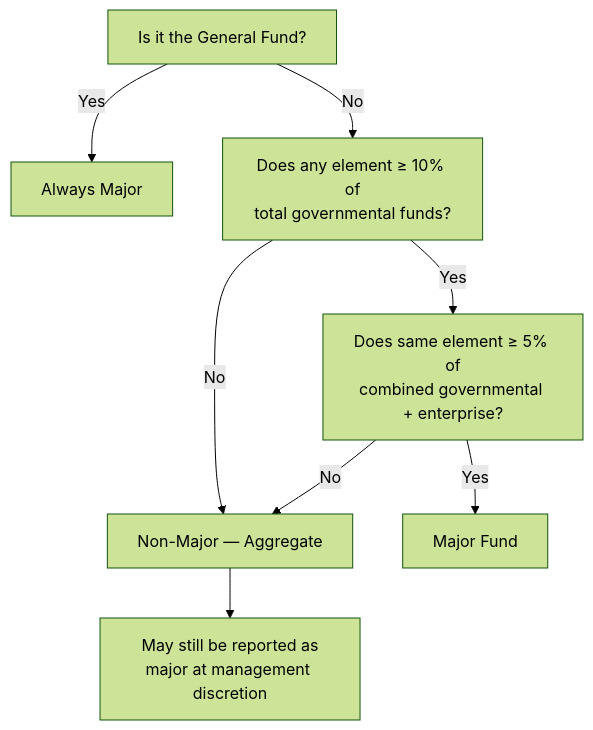
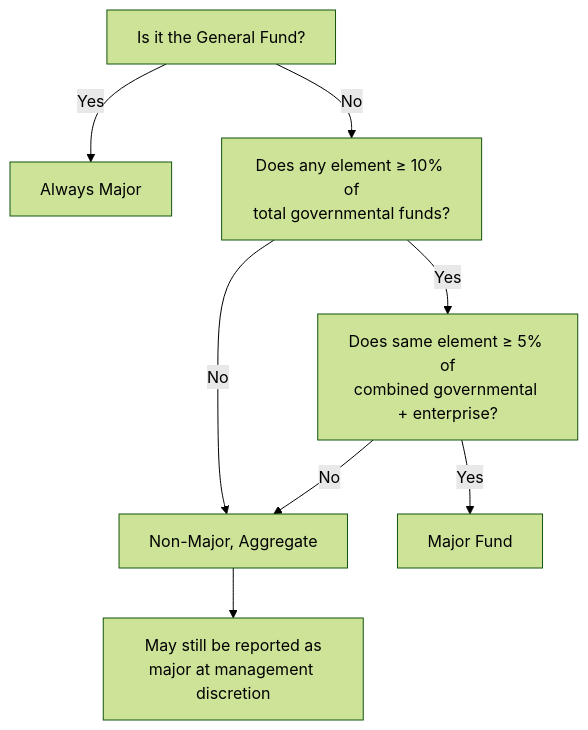
One commit to subwaymatch/cpabear-book changed the second of 2 diagrams in docs/bar/governmental-financial-statements/governmental-funds-financial-statements.md. Above: the diagram before and after it, drawn with Mermaid (forest theme). The commit also changed other lines of this file and 222 other files, not shown here.

````diff
--- a/docs/bar/governmental-financial-statements/governmental-funds-financial-statements.md
+++ b/docs/bar/governmental-financial-statements/governmental-funds-financial-statements.md
@@ -292,10 +292,10 @@
 ```mermaid
 flowchart TD
     A[Is it the General Fund?] -->|Yes| B[Always Major]
     A -->|No| C[Does any element ≥ 10% of<br>total governmental funds?]
-    C -->|No| F[Non-Major — Aggregate]
+    C -->|No| F[Non-Major, Aggregate]
     C -->|Yes| D[Does same element ≥ 5% of<br>combined governmental + enterprise?]
     D -->|Yes| E[Major Fund]
     D -->|No| F
     F --> G[May still be reported as<br>major at management discretion]
 ```
````
